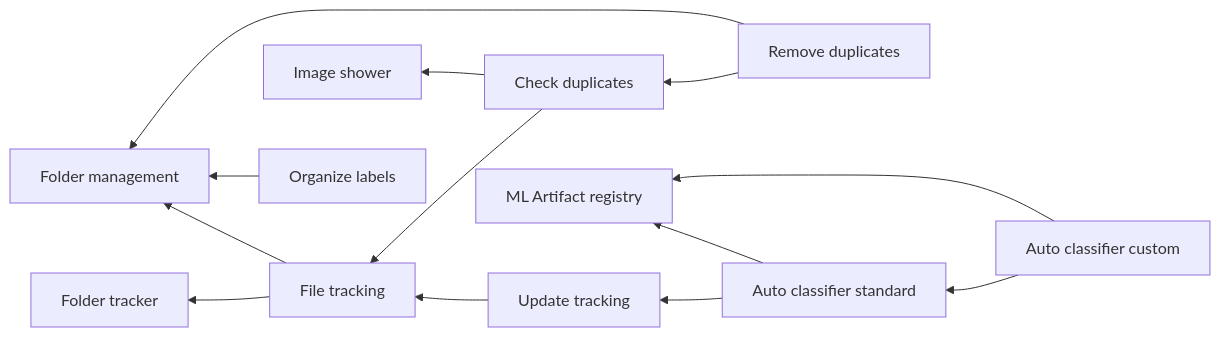
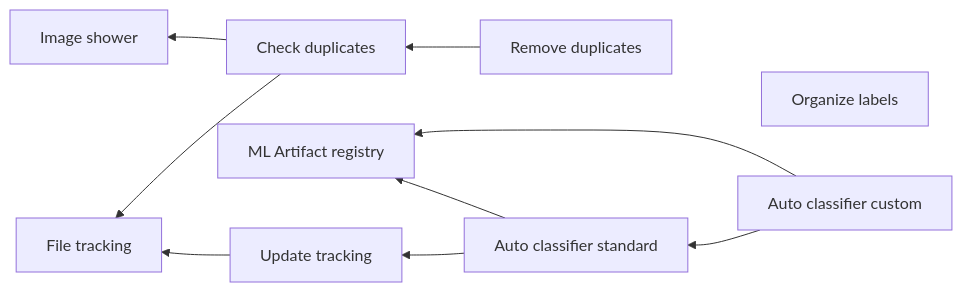
One commit to AlexMilanor/imgFolder_tools changed the diagram in doc/roadmap.md. Above: the diagram before and after it, drawn with Mermaid.

Commit message:
docs: Update features flowchart
Removed features already built.

````diff
--- a/doc/roadmap.md
+++ b/doc/roadmap.md
@@ -41,15 +41,13 @@
 ```mermaid
 graph RL;
-    FiT[File tracking] --> FoT[Folder tracker];
+    FiT[File tracking];
     Up[Update tracking] --> FiT;
     Cd[Check duplicates] --> FiT;
     Cd --> Is[Image shower];
     Rd[Remove duplicates] --> Cd;
-    Rd --> Fm[Folder management];
-    FiT --> Fm;
-    Ol[Organize labels] --> Fm;
+    Ol[Organize labels];
     AutoS[Auto classifier standard] --> Up;
     AutoC[Auto classifier custom] --> AutoS;
     AutoS --> Reg[ML Artifact registry];
     AutoC --> Reg;
 ```
````
